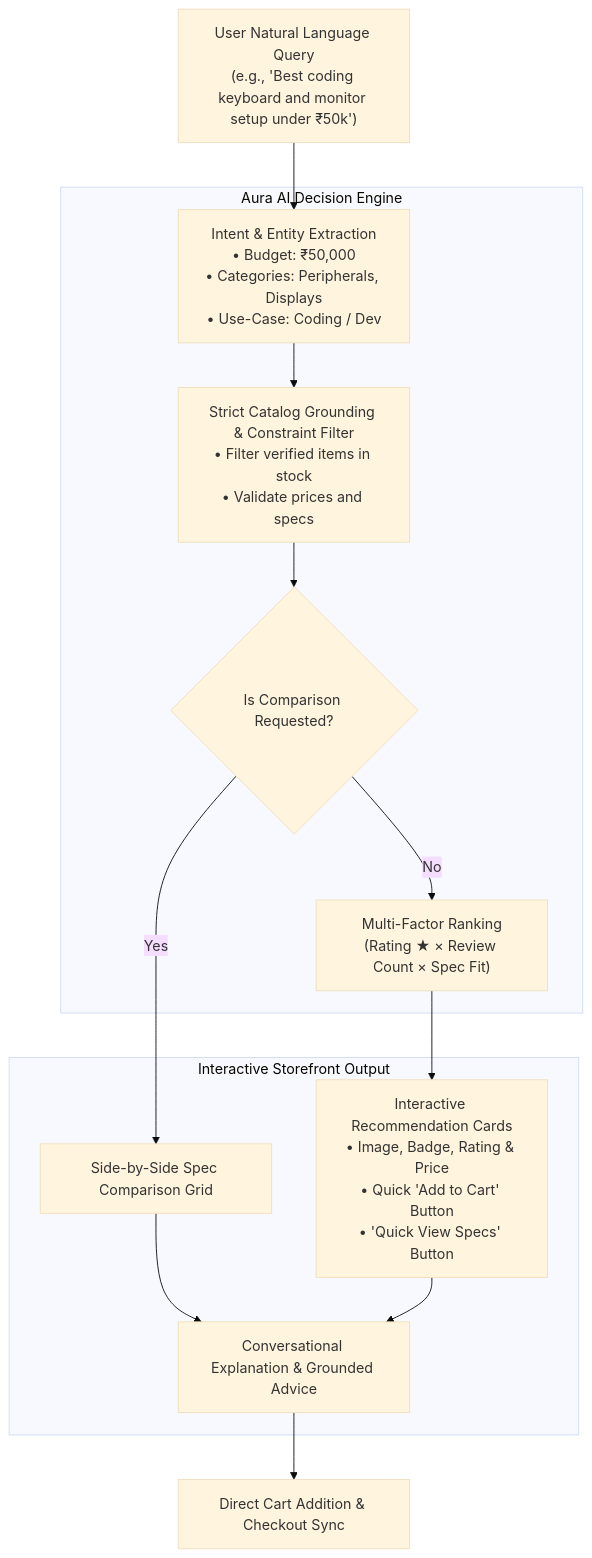
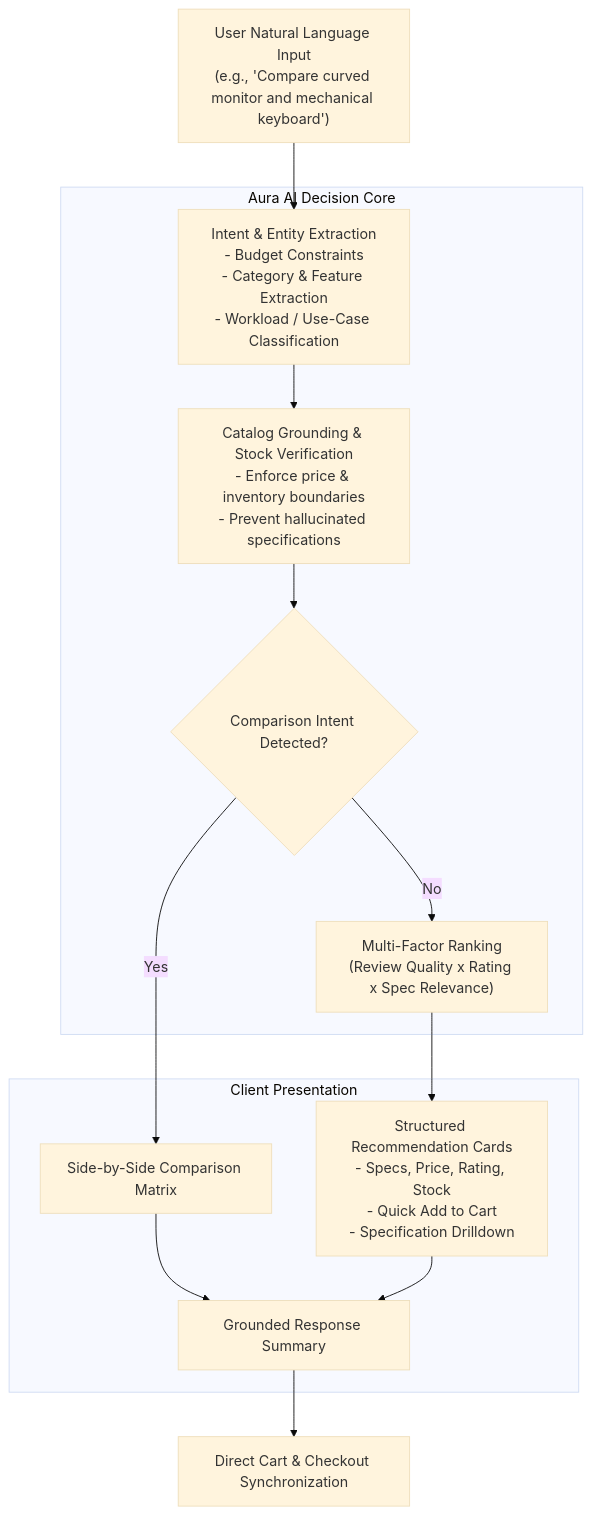
The third of 3 diagrams in README.md (anand23bce11691/MP), drawn with Mermaid (base theme) before and after one commit. The commit also changed other lines of this file, not shown here.

Commit message:
docs: standardize README with professional enterprise formatting and clean Mermaid diagrams

````diff
--- a/README.md
+++ b/README.md
@@ -98,22 +98,22 @@
 ```mermaid
 flowchart TD
-    UserQuery["User Natural Language Query\n(e.g., 'Best coding keyboard and monitor setup under ₹50k')"]
+    UserQuery["User Natural Language Input\n(e.g., 'Compare curved monitor and mechanical keyboard')"]
     
-    subgraph AuraEngine["Aura AI Decision Engine"]
-        Parser["Intent & Entity Extraction\n• Budget: ₹50,000\n• Categories: Peripherals, Displays\n• Use-Case: Coding / Dev"]
-        CatalogFilter["Strict Catalog Grounding & Constraint Filter\n• Filter verified items in stock\n• Validate prices and specs"]
-        ComparisonLogic{"Is Comparison Requested?"}
-        Ranker["Multi-Factor Ranking\n(Rating ★ × Review Count × Spec Fit)"]
+    subgraph AuraEngine["Aura AI Decision Core"]
+        Parser["Intent & Entity Extraction\n- Budget Constraints\n- Category & Feature Extraction\n- Workload / Use-Case Classification"]
+        CatalogFilter["Catalog Grounding & Stock Verification\n- Enforce price & inventory boundaries\n- Prevent hallucinated specifications"]
+        ComparisonLogic{"Comparison Intent Detected?"}
+        Ranker["Multi-Factor Ranking\n(Review Quality x Rating x Spec Relevance)"]
     end
     
-    subgraph UIOutput["Interactive Storefront Output"]
-        ChatResponse["Conversational Explanation & Grounded Advice"]
-        ProductCards["Interactive Recommendation Cards\n• Image, Badge, Rating & Price\n• Quick 'Add to Cart' Button\n• 'Quick View Specs' Button"]
-        SideBySide["Side-by-Side Spec Comparison Grid"]
+    subgraph UIOutput["Client Presentation"]
+        ChatResponse["Grounded Response Summary"]
+        ProductCards["Structured Recommendation Cards\n- Specs, Price, Rating, Stock\n- Quick Add to Cart\n- Specification Drilldown"]
+        SideBySide["Side-by-Side Comparison Matrix"]
     end
 
     UserQuery --> Parser --> CatalogFilter --> ComparisonLogic
     ComparisonLogic -->|Yes| SideBySide --> ChatResponse
     ComparisonLogic -->|No| Ranker --> ProductCards --> ChatResponse
-    ChatResponse --> CartDirect["Direct Cart Addition & Checkout Sync"]
+    ChatResponse --> CartDirect["Direct Cart & Checkout Synchronization"]
 ```
````
